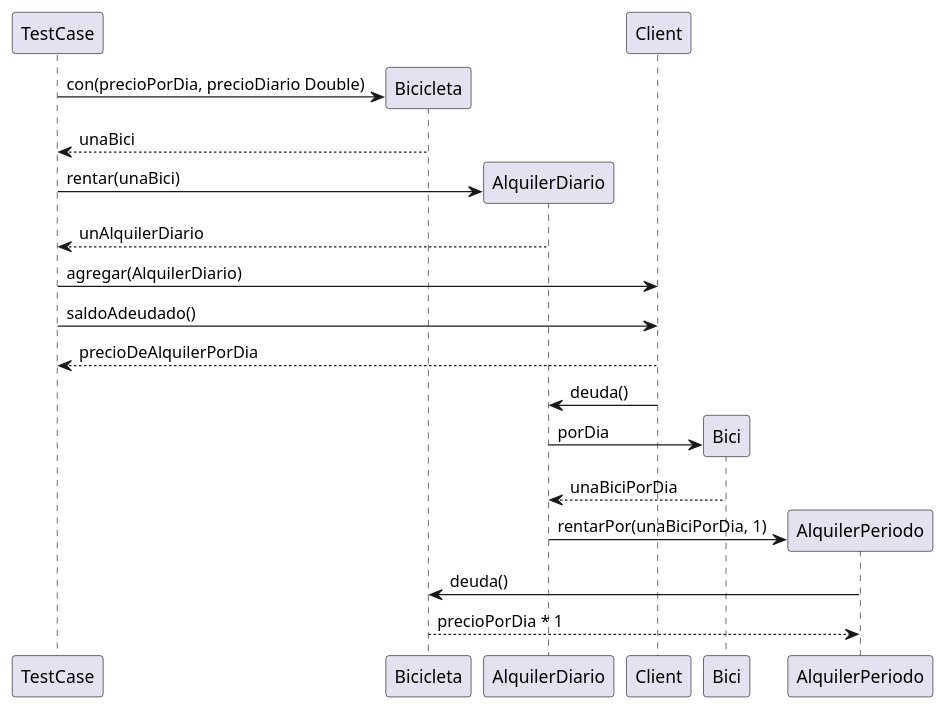
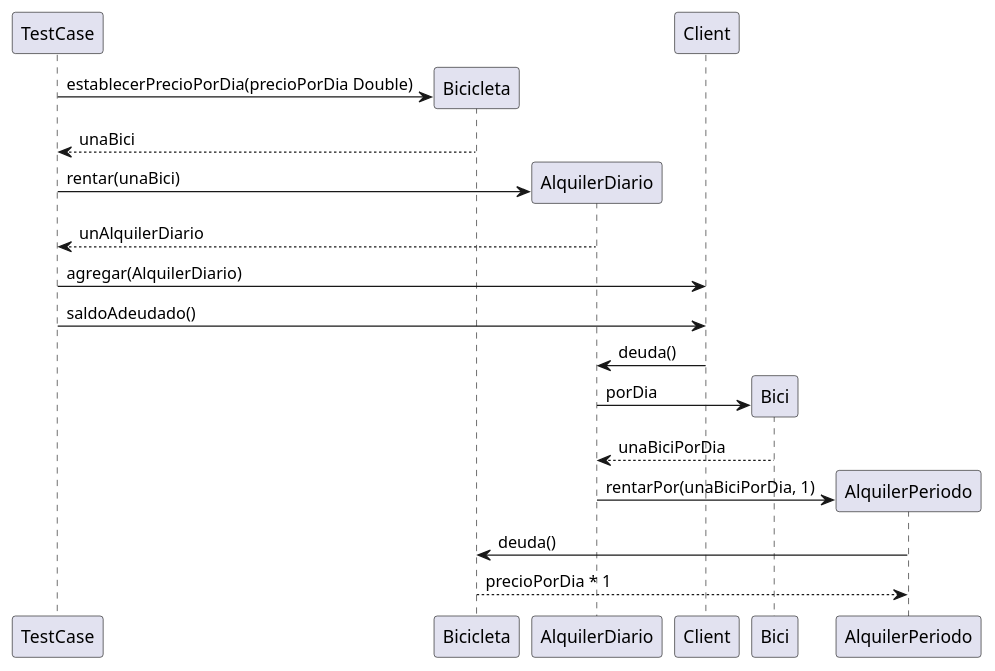
The diagram in media/diagrams/ds_alquiler_diario.plantuml (fiuba/algo3_simulacro_tn_alquiler_bici), drawn with PlantUML before and after one commit. The commit also changed 2 other files, not shown here.

```diff
--- a/media/diagrams/ds_alquiler_diario.plantuml
+++ b/media/diagrams/ds_alquiler_diario.plantuml
@@ -1,21 +1,20 @@
 @startuml
 
-TestCase -> Bicicleta ** : con(precioPorDia, precioDiario Double)
+TestCase -> Bicicleta ** : establecerPrecioPorDia(precioPorDia Double)
 return unaBici
 TestCase -> AlquilerDiario ** : rentar(unaBici)
 return unAlquilerDiario
 TestCase -> Client: agregar(AlquilerDiario)
 
 TestCase -> Client: saldoAdeudado()
-return precioDeAlquilerPorDia
 Client -> AlquilerDiario: deuda()
 
 AlquilerDiario -> Bici ** : porDia
 return unaBiciPorDia
 
 AlquilerDiario -> AlquilerPeriodo ** : rentarPor(unaBiciPorDia, 1)
 
 AlquilerPeriodo -> Bicicleta: deuda()
 return precioPorDia * 1
 
 @enduml 
```
